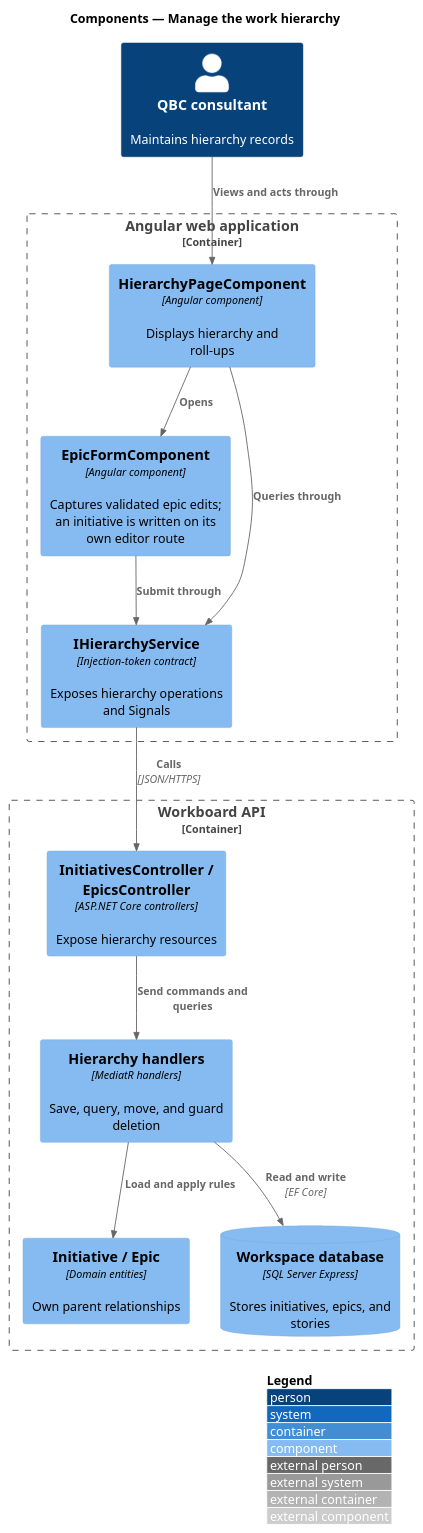
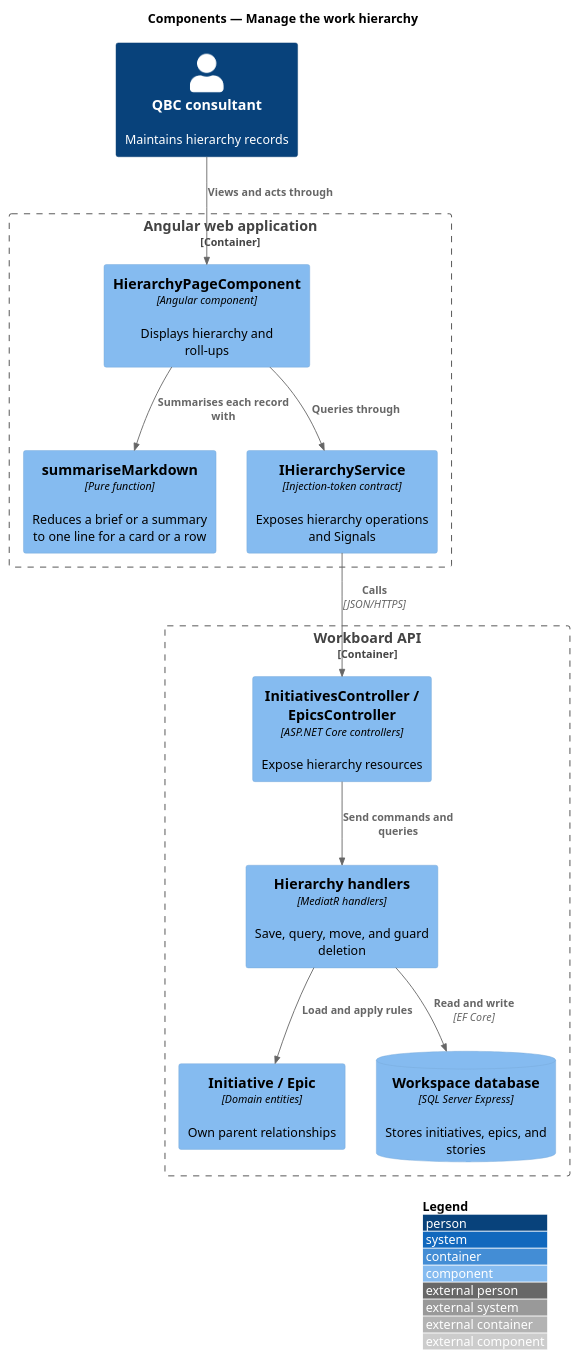
Before and after one commit to QuinntyneBrown/quinntyne-brown-consulting: the diagram in docs/detailed-designs/work-items/manage-work-hierarchy/diagrams/c4-component.puml, drawn with PlantUML. The commit also changed 82 other files, not shown here.

```diff
--- a/docs/detailed-designs/work-items/manage-work-hierarchy/diagrams/c4-component.puml
+++ b/docs/detailed-designs/work-items/manage-work-hierarchy/diagrams/c4-component.puml
@@ -1,27 +1,27 @@
 @startuml
 !include <C4/C4_Component>
 LAYOUT_WITH_LEGEND()
 title Components — Manage the work hierarchy
 
 Person(consultant, "QBC consultant", "Maintains hierarchy records")
 Container_Boundary(spa, "Angular web application") {
   Component(page, "HierarchyPageComponent", "Angular component", "Displays hierarchy and roll-ups")
-  Component(forms, "EpicFormComponent", "Angular component", "Captures validated epic edits; an initiative is written on its own editor route")
+  Component(summary, "summariseMarkdown", "Pure function", "Reduces a brief or a summary to one line for a card or a row")
   Component(service, "IHierarchyService", "Injection-token contract", "Exposes hierarchy operations and Signals")
 }
 Container_Boundary(api, "Workboard API") {
   Component(controllers, "InitiativesController / EpicsController", "ASP.NET Core controllers", "Expose hierarchy resources")
   Component(handlers, "Hierarchy handlers", "MediatR handlers", "Save, query, move, and guard deletion")
   Component(domain, "Initiative / Epic", "Domain entities", "Own parent relationships")
   ComponentDb(db, "Workspace database", "SQL Server Express", "Stores initiatives, epics, and stories")
 }
 
 Rel(consultant, page, "Views and acts through")
-Rel(page, forms, "Opens")
+Rel(page, summary, "Summarises each record with")
 Rel(page, service, "Queries through")
-Rel(forms, service, "Submit through")
+
 Rel(service, controllers, "Calls", "JSON/HTTPS")
 Rel(controllers, handlers, "Send commands and queries")
 Rel(handlers, domain, "Load and apply rules")
 Rel(handlers, db, "Read and write", "EF Core")
 @enduml
```
